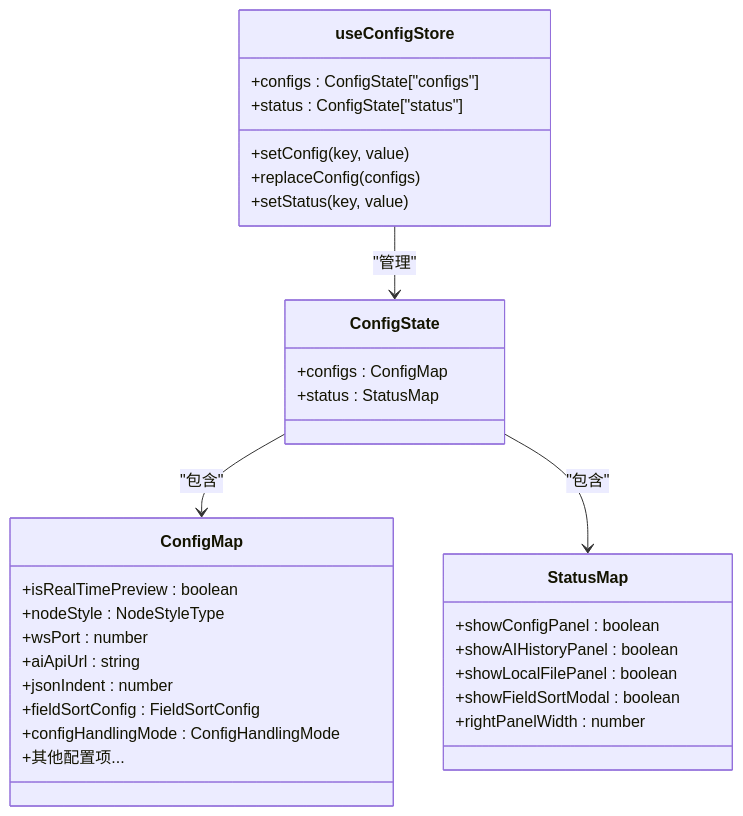
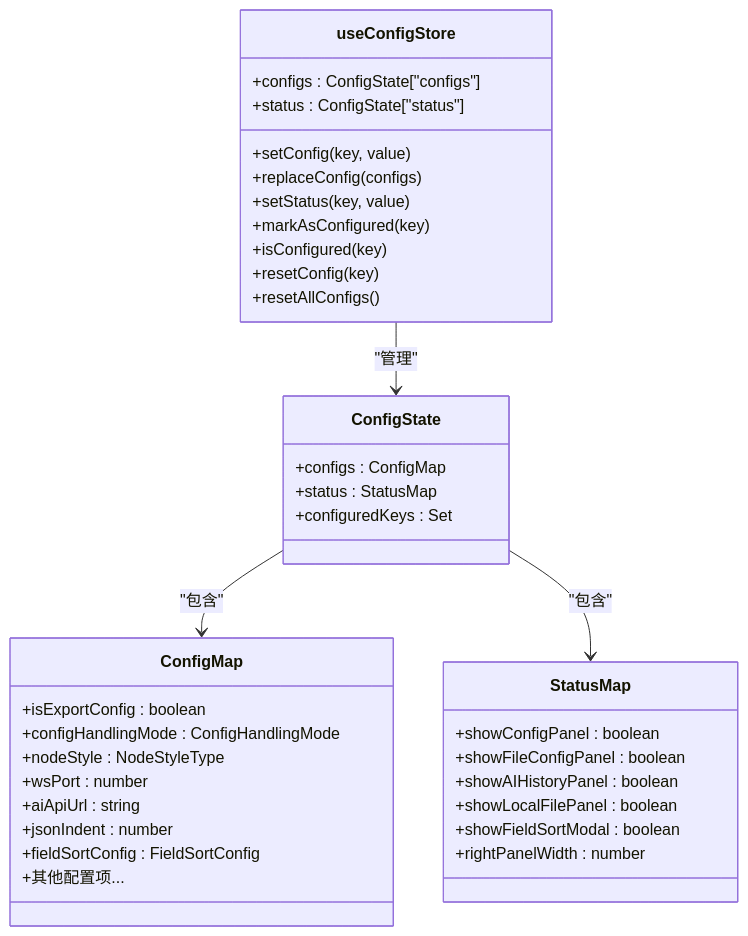
Before and after one commit to kqcoxn/MaaPipelineEditor: the fourth of 20 diagrams in .qoder/repowiki/zh/content/Config Store/Config Store.md, drawn with Mermaid. The commit also changed other lines of this file and 50 other files, not shown here.

````diff
--- a/.qoder/repowiki/zh/content/Config Store/Config Store.md
+++ b/.qoder/repowiki/zh/content/Config Store/Config Store.md
@@ -234,34 +261,40 @@
 ```mermaid
 classDiagram
 class useConfigStore {
 +configs : ConfigState["configs"]
 +status : ConfigState["status"]
 +setConfig(key, value)
 +replaceConfig(configs)
 +setStatus(key, value)
++markAsConfigured(key)
++isConfigured(key)
++resetConfig(key)
++resetAllConfigs()
 }
 class ConfigState {
 +configs : ConfigMap
 +status : StatusMap
++configuredKeys : Set<string>
 }
 class ConfigMap {
-+isRealTimePreview : boolean
++isExportConfig : boolean
++configHandlingMode : ConfigHandlingMode
 +nodeStyle : NodeStyleType
 +wsPort : number
 +aiApiUrl : string
 +jsonIndent : number
 +fieldSortConfig : FieldSortConfig
-+configHandlingMode : ConfigHandlingMode
 +其他配置项...
 }
 class StatusMap {
 +showConfigPanel : boolean
++showFileConfigPanel : boolean
 +showAIHistoryPanel : boolean
 +showLocalFilePanel : boolean
 +showFieldSortModal : boolean
 +rightPanelWidth : number
 }
 useConfigStore --> ConfigState : "管理"
 ConfigState --> ConfigMap : "包含"
 ConfigState --> StatusMap : "包含"
 ```
````
